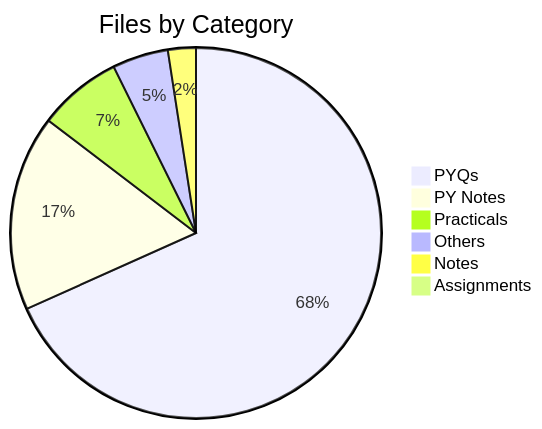
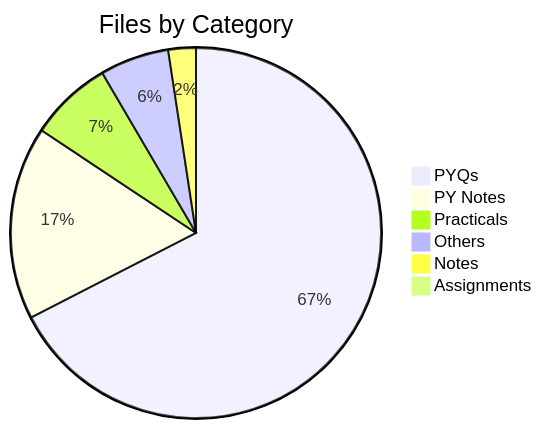
Before and after one commit to Mandar-Kshirsagar/TYIT-SEM-5: the second of 4 diagrams in README.md, drawn with Mermaid. The commit also changed other lines of this file and 2 other files, not shown here.

````diff
--- a/README.md
+++ b/README.md
@@ -34,9 +34,9 @@
 ```mermaid
 pie title Files by Category
     "PYQs" : 56
     "PY Notes" : 14
     "Practicals" : 6
-    "Others" : 4
+    "Others" : 5
     "Notes" : 2
     "Assignments" : 0
 ```
````
